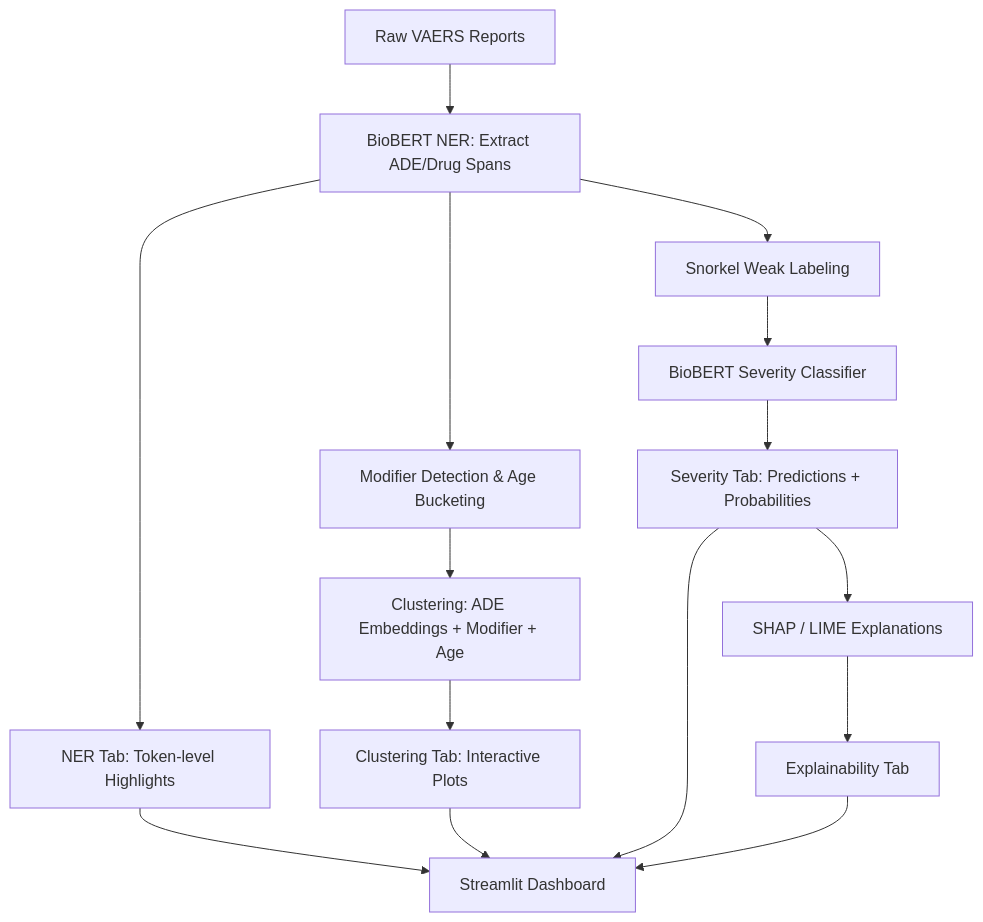
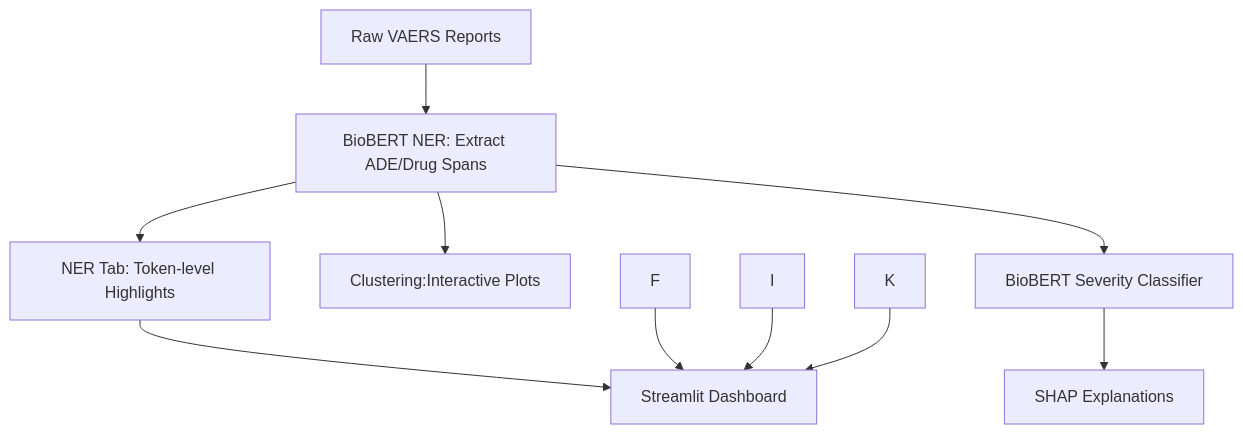
Before and after one commit to Sugiuma/ADEGuard: the first of 5 diagrams in README.md, drawn with Mermaid.

````diff
--- a/README.md
+++ b/README.md
@@ -61,28 +61,25 @@
 ```mermaid
 flowchart TD
 
 A[Raw VAERS Reports] --> B[BioBERT NER: Extract ADE/Drug Spans]
 
 %% NER Tab
 B --> C[NER Tab: Token-level Highlights]
 
 %% Clustering Tab
-B --> D[Modifier Detection & Age Bucketing]
-D --> E[Clustering: ADE Embeddings + Modifier + Age]
-E --> F[Clustering Tab: Interactive Plots]
+B --> D[Clustering:Interactive Plots]
+
 
 %% Severity Tab
-B --> G[Snorkel Weak Labeling]
-G --> H[BioBERT Severity Classifier]
-H --> I[Severity Tab: Predictions + Probabilities]
+B --> G[BioBERT Severity Classifier]
+
 
 %% Explainability Tab
-I --> J[SHAP / LIME Explanations]
-J --> K[Explainability Tab]
+G --> J[SHAP Explanations]
 
 %% Streamlit Dashboard Integration
 C --> L[Streamlit Dashboard]
 F --> L
 I --> L
 K --> L
 ```
````
